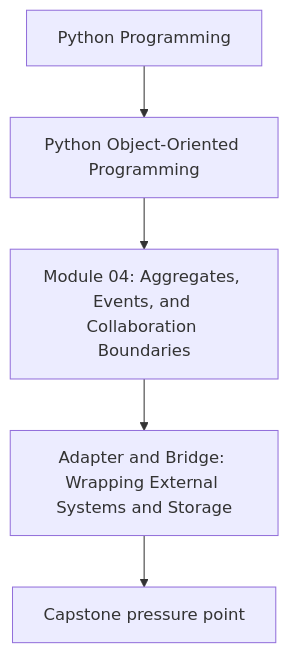
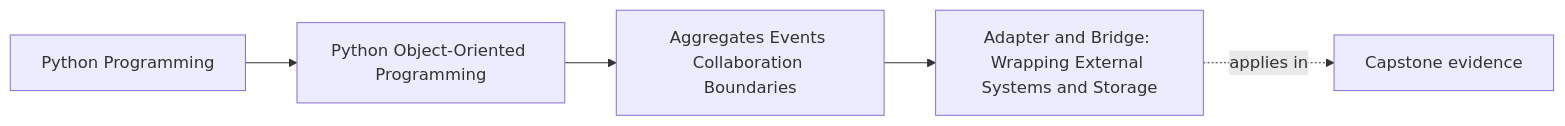
The first of 2 diagrams in programs/python-programming/python-object-oriented-programming/course-book/module-04-aggregates-events-collaboration-boundaries/adapters-and-bridges.md (bijux/bijux-masterclass), drawn with Mermaid before and after one commit. The commit also changed other lines of this file and 65 other files, not shown here.

Commit message:
docs(python-object-oriented-programming): map object model and design foundations

````diff
--- a/programs/python-programming/python-object-oriented-programming/course-book/module-04-aggregates-events-collaboration-boundaries/adapters-and-bridges.md
+++ b/programs/python-programming/python-object-oriented-programming/course-book/module-04-aggregates-events-collaboration-boundaries/adapters-and-bridges.md
@@ -7,7 +7,11 @@
 ```mermaid
-flowchart TD
-  family["Python Programming"] --> program["Python Object-Oriented Programming"]
-  program --> module["Module 04: Aggregates, Events, and Collaboration Boundaries"]
-  module --> concept["Adapter and Bridge: Wrapping External Systems and Storage"]
-  concept --> capstone["Capstone pressure point"]
+graph LR
+  family["Python Programming"]
+  program["Python Object-Oriented Programming"]
+  section["Aggregates Events Collaboration Boundaries"]
+  page["Adapter and Bridge: Wrapping External Systems and Storage"]
+  capstone["Capstone evidence"]
+
+  family --> program --> section --> page
+  page -.applies in.-> capstone
 ```
````
